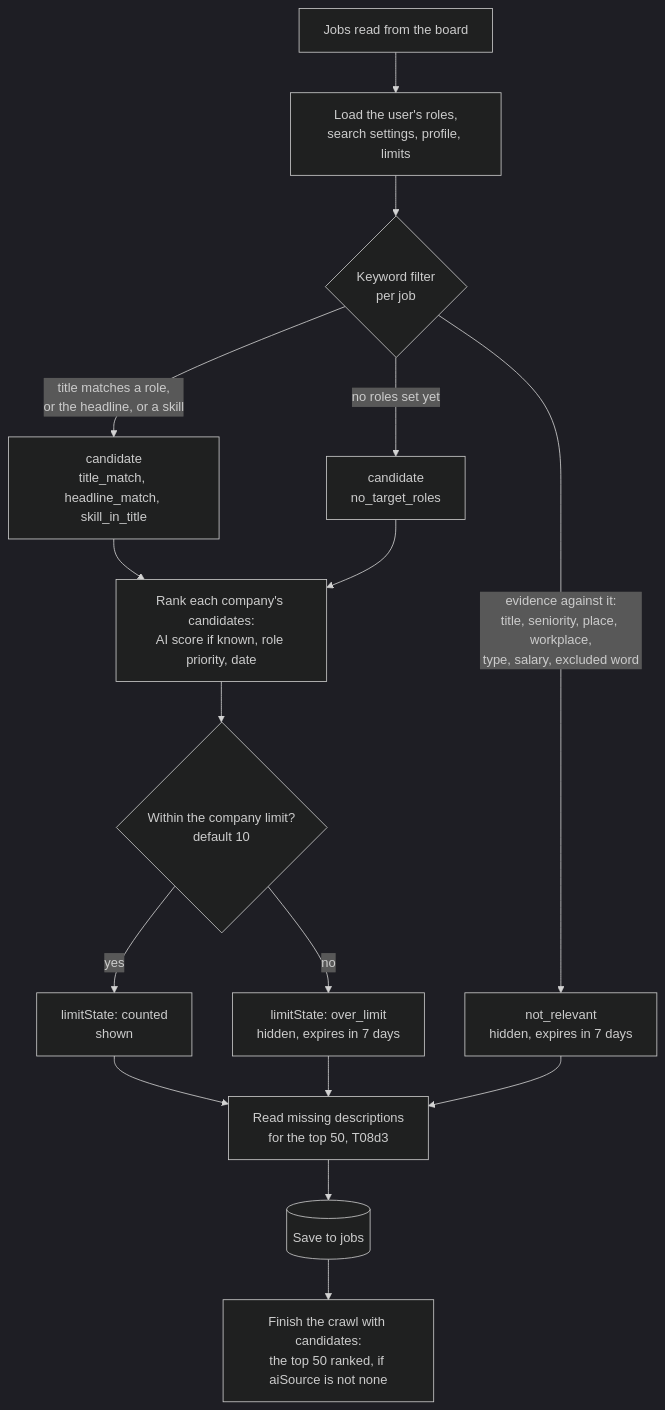
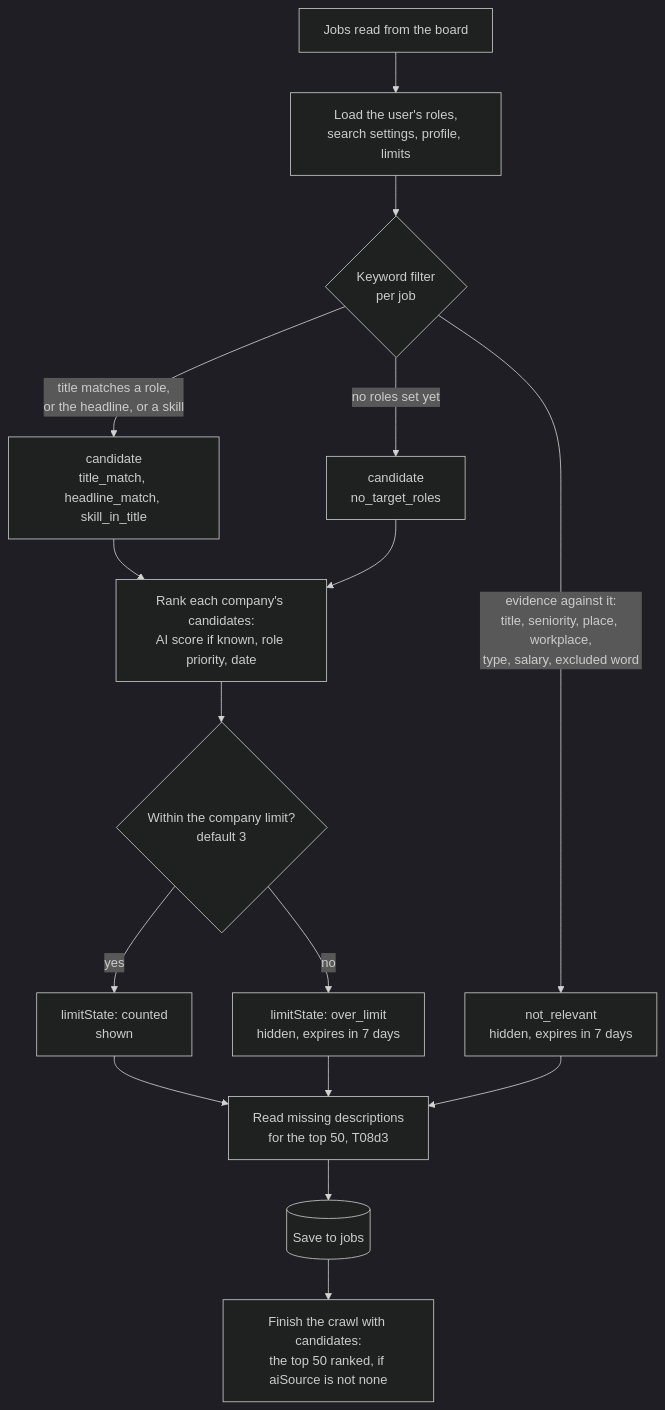
One commit to jobdeputy/jobdeputy changed the second of 4 diagrams in docs/flows/relevance.md. Above: the diagram before and after it, drawn with Mermaid (dark theme). The commit also changed other lines of this file and 19 other files, not shown here.

First line of the commit message:
Apply flow M1, PR A: GET /me/companies, 3 jobs per company (#49) (#56)

````diff
--- a/docs/flows/relevance.md
+++ b/docs/flows/relevance.md
@@ -57,18 +58,18 @@
 ```mermaid
 flowchart TD
   A[Jobs read from the board] --> B[Load the user's roles,<br/>search settings, profile, limits]
   B --> C{Keyword filter<br/>per job}
   C -->|title matches a role,<br/>or the headline, or a skill| K[candidate<br/>title_match, headline_match, skill_in_title]
   C -->|no roles set yet| K2[candidate<br/>no_target_roles]
   C -->|evidence against it:<br/>title, seniority, place, workplace,<br/>type, salary, excluded word| N[not_relevant<br/>hidden, expires in 7 days]
   K --> R[Rank each company's candidates:<br/>AI score if known, role priority, date]
   K2 --> R
-  R --> T{Within the company limit?<br/>default 10}
+  R --> T{Within the company limit?<br/>default 3}
   T -->|yes| S[limitState: counted<br/>shown]
   T -->|no| O[limitState: over_limit<br/>hidden, expires in 7 days]
   S --> D[Read missing descriptions<br/>for the top 50, T08d3]
   O --> D
   N --> D
   D --> SV[(Save to jobs)]
   SV --> F[Finish the crawl with candidates:<br/>the top 50 ranked, if aiSource is not none]
 ```
````
